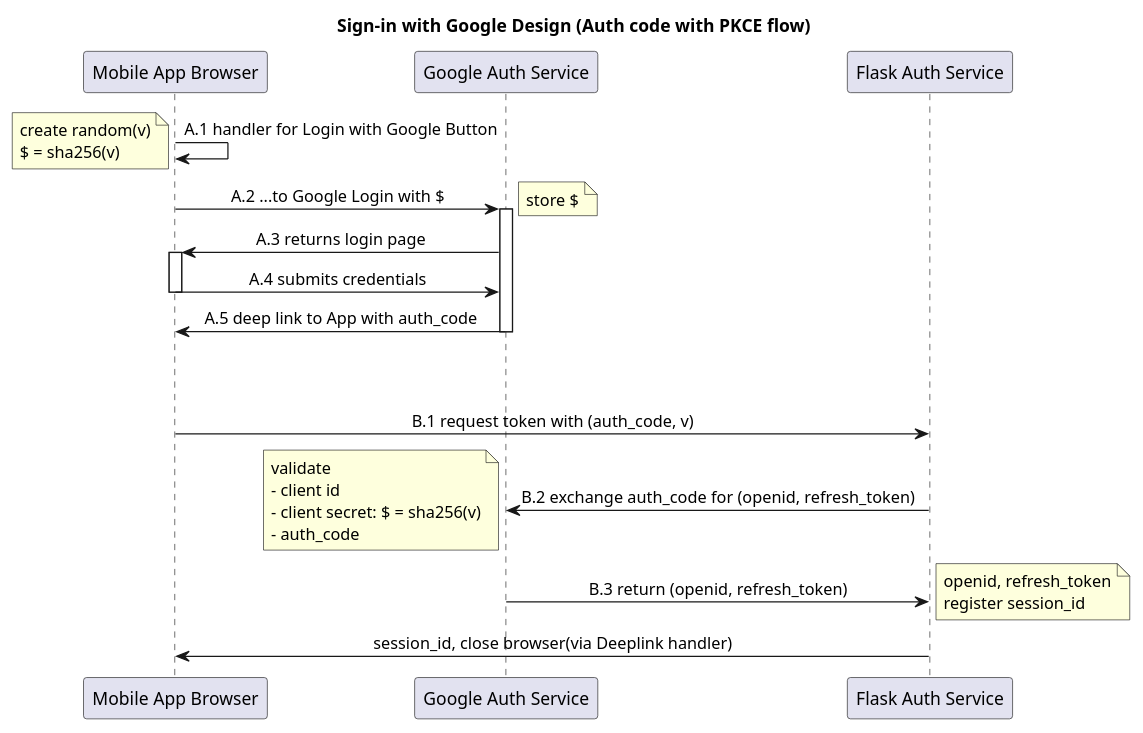
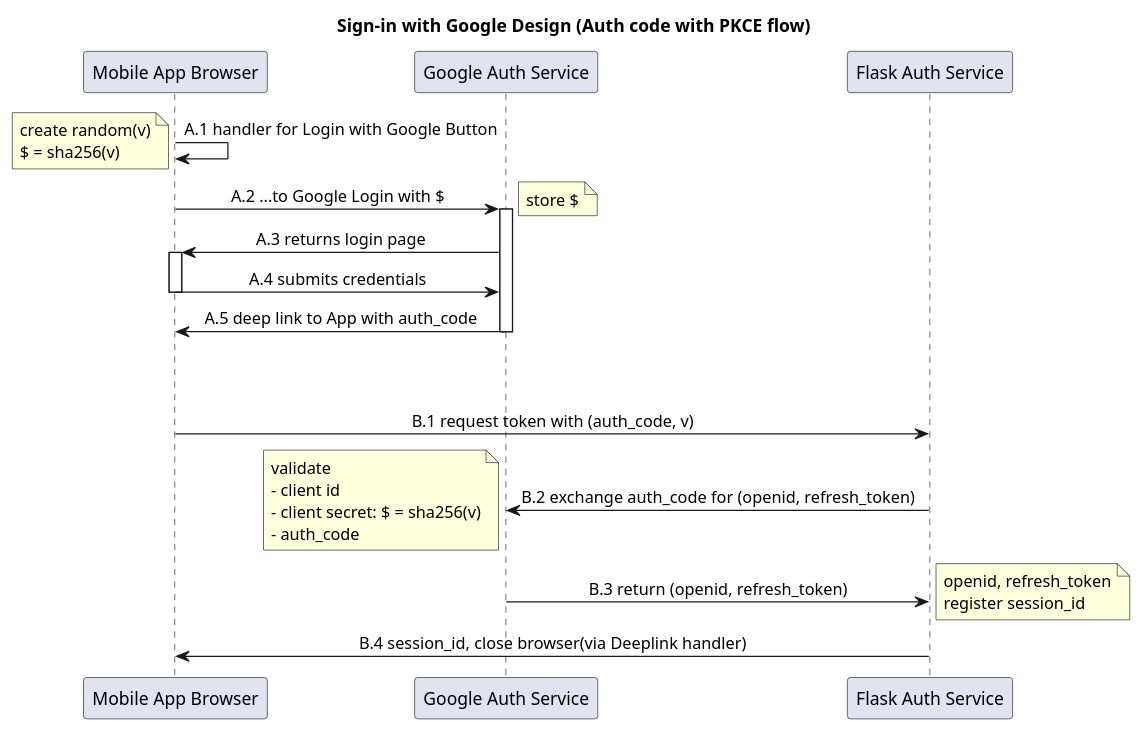
One commit to mkmojo/mkmojo.github.io changed the diagram in img/user-auth-design/login-with-google.wsd. Above: the diagram before and after it, drawn with PlantUML.

Commit message:
update description

```diff
--- a/img/user-auth-design/login-with-google.wsd
+++ b/img/user-auth-design/login-with-google.wsd
@@ -1,38 +1,38 @@
 @startuml
 skinparam SequenceMessageAlignment center
 
 title Sign-in with Google Design (Auth code with PKCE flow)
 "Mobile App Browser" -> "Mobile App Browser" : A.1 handler for Login with Google Button 
 note left
 create random(v)
 $ = sha256(v)
 end note
 
 "Mobile App Browser" -> "Google Auth Service": A.2 ...to Google Login with $
 activate "Google Auth Service"
 note right: store $
 "Mobile App Browser" <- "Google Auth Service": A.3 returns login page
 
 activate "Mobile App Browser"
 "Mobile App Browser" -> "Google Auth Service": A.4 submits credentials
 deactivate "Mobile App Browser"
 "Mobile App Browser" <- "Google Auth Service" : A.5 deep link to App with auth_code
 deactivate "Google Auth Service"
 |||
 |||
 "Mobile App Browser" -> "Flask Auth Service" : B.1 request token with (auth_code, v)
 "Flask Auth Service" -> "Google Auth Service": B.2 exchange auth_code for (openid, refresh_token)
 note left
     validate 
     - client id
     - client secret: $ = sha256(v)
     - auth_code
 end note
 "Google Auth Service" -> "Flask Auth Service": B.3 return (openid, refresh_token)
 note right
     openid, refresh_token
     register session_id
 end note
-"Flask Auth Service" -> "Mobile App Browser": session_id, close browser(via Deeplink handler)
+"Flask Auth Service" -> "Mobile App Browser": B.4 session_id, close browser(via Deeplink handler)
 
 @enduml
```
